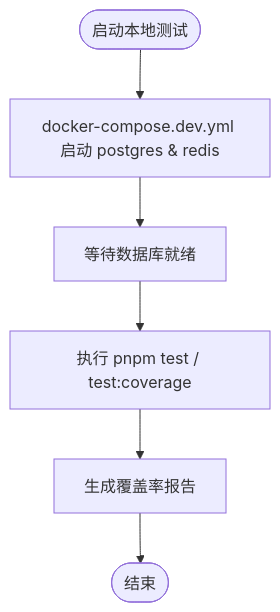
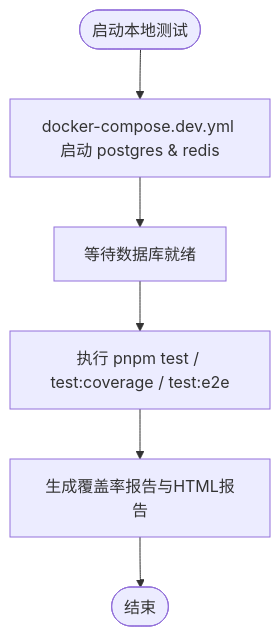
Before and after one commit to EverettCamus/HeartRule-Qoder: the sixth of 7 diagrams in .qoder/repowiki/zh/content/测试策略/测试自动化.md, drawn with Mermaid. The commit also changed other lines of this file and 40 other files, not shown here.

````diff
--- a/.qoder/repowiki/zh/content/测试策略/测试自动化.md
+++ b/.qoder/repowiki/zh/content/测试策略/测试自动化.md
@@ -213,8 +301,8 @@
 ```mermaid
 flowchart TD
 Start(["启动本地测试"]) --> ComposeUp["docker-compose.dev.yml 启动 postgres & redis"]
 ComposeUp --> WaitDB["等待数据库就绪"]
-WaitDB --> RunTests["执行 pnpm test / test:coverage"]
-RunTests --> Report["生成覆盖率报告"]
+WaitDB --> RunTests["执行 pnpm test / test:coverage / test:e2e"]
+RunTests --> Report["生成覆盖率报告与HTML报告"]
 Report --> End(["结束"])
 ```
````
